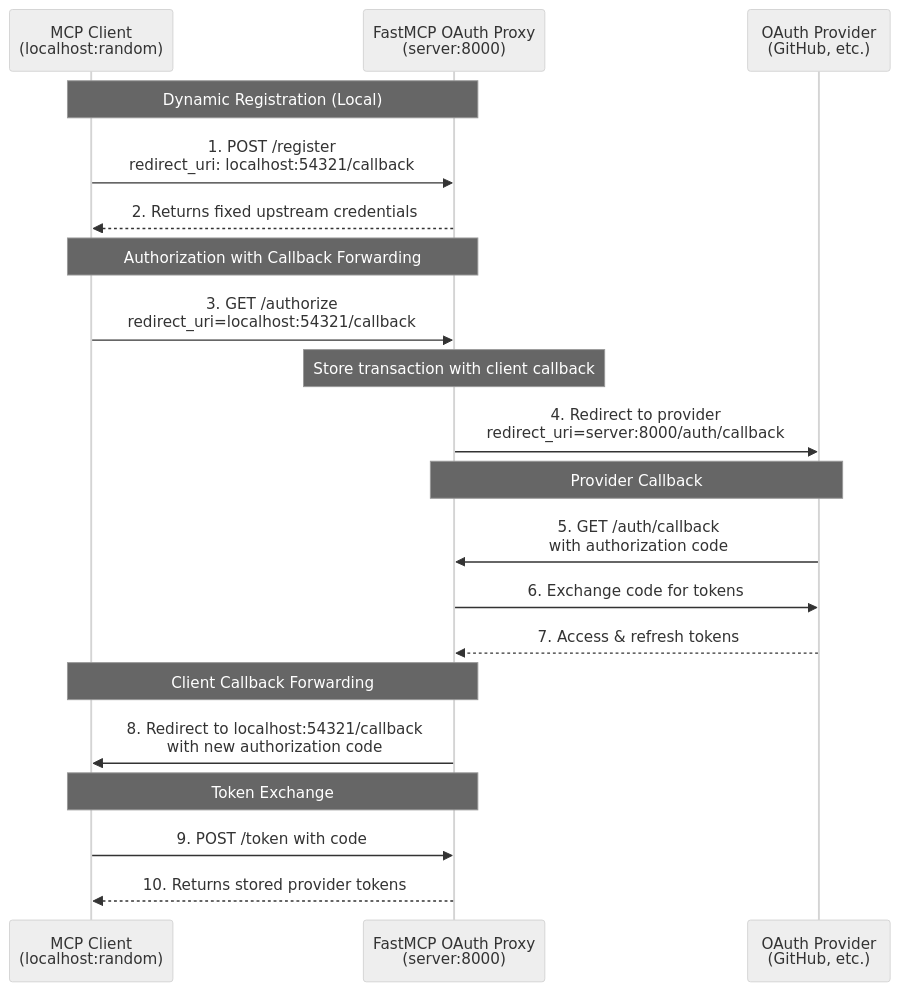
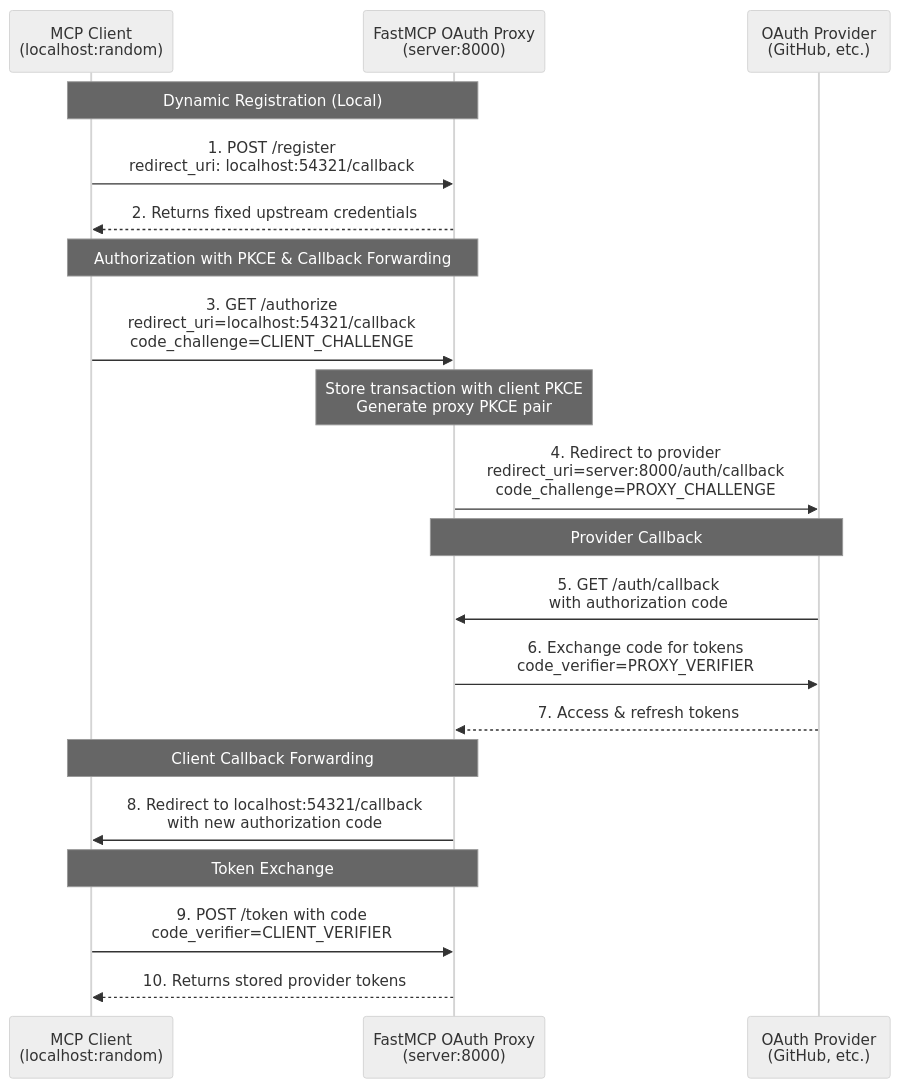
One commit to PrefectHQ/fastmcp changed the diagram in docs/servers/auth/oauth-proxy.mdx. Above: the diagram before and after it, drawn with Mermaid (neutral theme). The commit also changed other lines of this file and 2 other files, not shown here.

Commit message:
OAuth proxy PKCE forwarding (#1733)

````diff
--- a/docs/servers/auth/oauth-proxy.mdx
+++ b/docs/servers/auth/oauth-proxy.mdx
@@ -65,27 +172,27 @@
 ```mermaid
 sequenceDiagram
     participant Client as MCP Client<br/>(localhost:random)
     participant Proxy as FastMCP OAuth Proxy<br/>(server:8000)
     participant Provider as OAuth Provider<br/>(GitHub, etc.)
 
     Note over Client, Proxy: Dynamic Registration (Local)
     Client->>Proxy: 1. POST /register<br/>redirect_uri: localhost:54321/callback
     Proxy-->>Client: 2. Returns fixed upstream credentials
 
-    Note over Client, Proxy: Authorization with Callback Forwarding
-    Client->>Proxy: 3. GET /authorize<br/>redirect_uri=localhost:54321/callback
-    Note over Proxy: Store transaction with client callback
-    Proxy->>Provider: 4. Redirect to provider<br/>redirect_uri=server:8000/auth/callback
-    
+    Note over Client, Proxy: Authorization with PKCE & Callback Forwarding
+    Client->>Proxy: 3. GET /authorize<br/>redirect_uri=localhost:54321/callback<br/>code_challenge=CLIENT_CHALLENGE
+    Note over Proxy: Store transaction with client PKCE<br/>Generate proxy PKCE pair
+    Proxy->>Provider: 4. Redirect to provider<br/>redirect_uri=server:8000/auth/callback<br/>code_challenge=PROXY_CHALLENGE
+
     Note over Provider, Proxy: Provider Callback
     Provider->>Proxy: 5. GET /auth/callback<br/>with authorization code
-    Proxy->>Provider: 6. Exchange code for tokens
+    Proxy->>Provider: 6. Exchange code for tokens<br/>code_verifier=PROXY_VERIFIER
     Provider-->>Proxy: 7. Access & refresh tokens
-    
+
     Note over Proxy, Client: Client Callback Forwarding
     Proxy->>Client: 8. Redirect to localhost:54321/callback<br/>with new authorization code
-    
+
     Note over Client, Proxy: Token Exchange
-    Client->>Proxy: 9. POST /token with code
+    Client->>Proxy: 9. POST /token with code<br/>code_verifier=CLIENT_VERIFIER
     Proxy-->>Client: 10. Returns stored provider tokens
 ```
````
